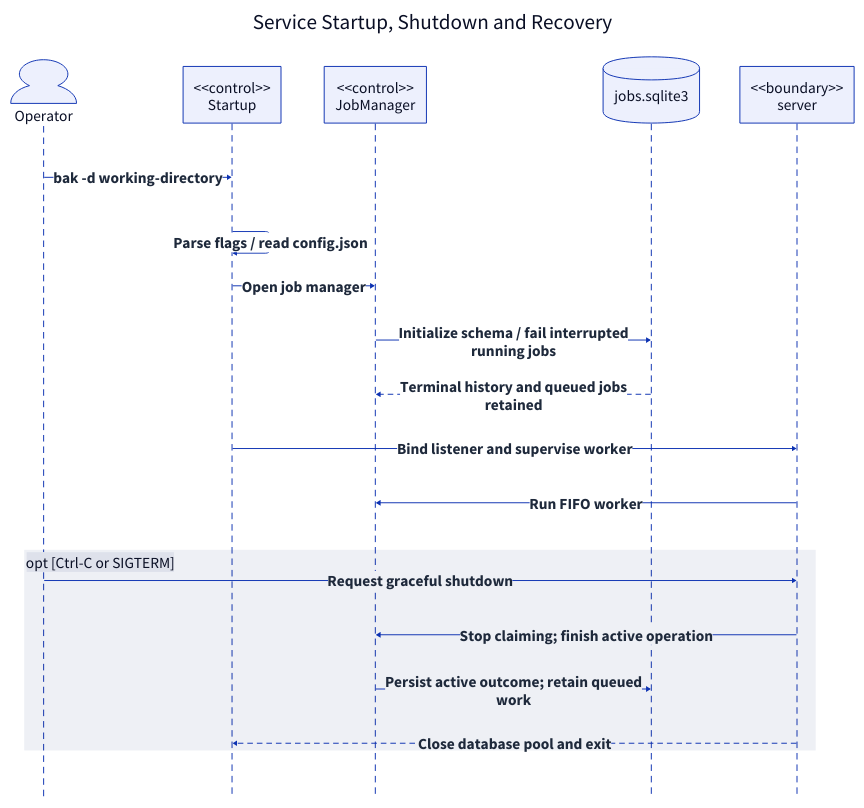
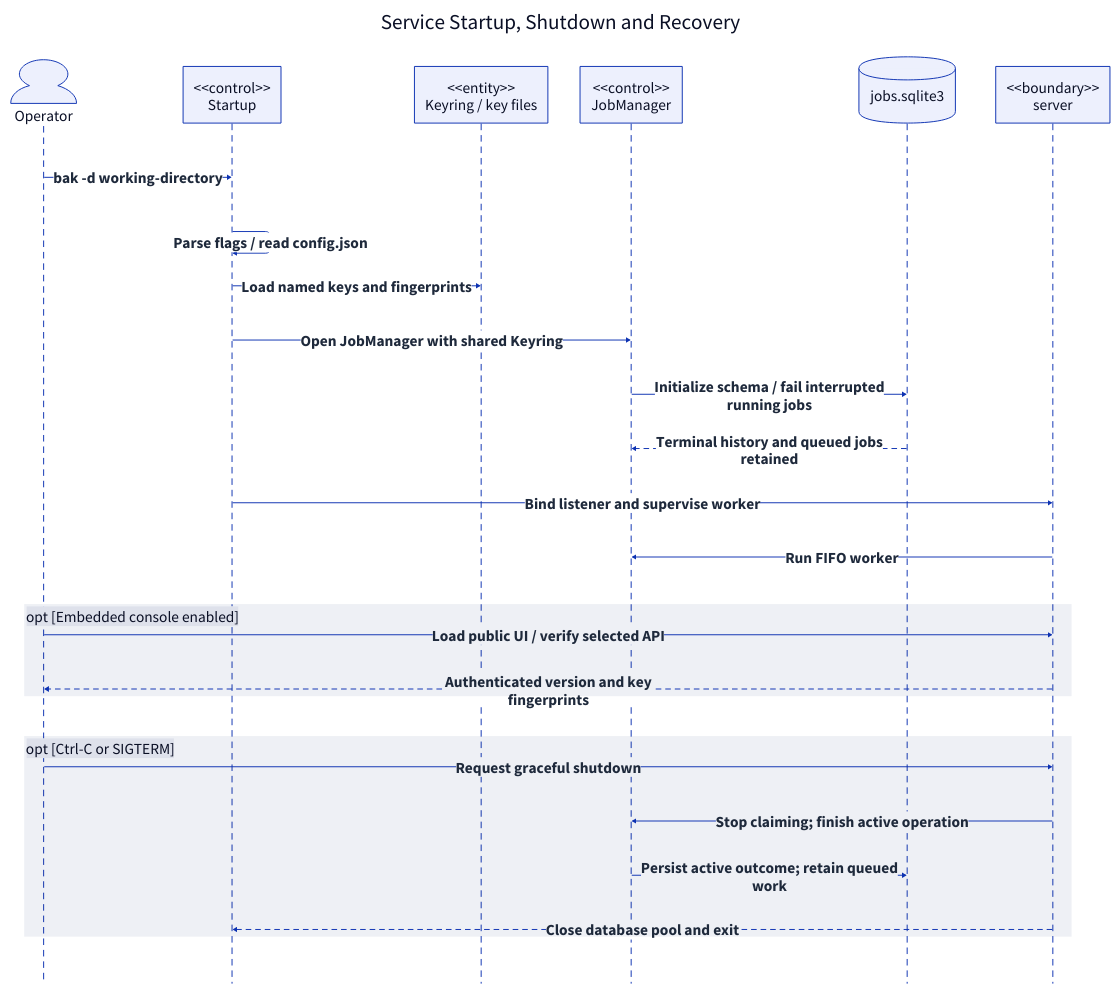
The diagram in docs/report/generated/system-sequence-configure.d2 (qi7876/software-development-exp), drawn with D2 before and after one commit. The commit also changed 26 other files, not shown here.

First line of the commit message:
docs: align course report with current architecture (#21)

```diff
--- a/docs/report/generated/system-sequence-configure.d2
+++ b/docs/report/generated/system-sequence-configure.d2
@@ -1,30 +1,36 @@
 # Generated from docs/report/model.yaml; do not edit directly.
 direction: down
 **.style.font-size: 32
 (** -> **)[*].style: {font-size: 32; bold: true; italic: false; font-color: "#1E293B"}
 (** -- **)[*].style: {font-size: 32; bold: true; italic: false; font-color: "#1E293B"}
 (** <- **)[*].style: {font-size: 32; bold: true; italic: false; font-color: "#1E293B"}
 diagram: "Service Startup, Shutdown and Recovery" {
   style.font-size: 44
   style.fill: white
   style.stroke: transparent
   shape: sequence_diagram
   User: "Operator" {shape: person}
   Main: "<<control>>\nStartup" {shape: rectangle}
+  Keys: "<<entity>>\nKeyring / key files" {shape: rectangle}
   Jobs: "<<control>>\nJobManager" {shape: rectangle}
   DB: "jobs.sqlite3" {shape: cylinder}
   Server: "<<boundary>>\nserver" {shape: rectangle}
   User -> Main: "bak -d working-directory"
   Main -> Main: "Parse flags / read config.json"
-  Main -> Jobs: "Open job manager"
+  Main -> Keys: "Load named keys and fingerprints"
+  Main -> Jobs: "Open JobManager with shared Keyring"
   Jobs -> DB: "Initialize schema / fail interrupted\nrunning jobs"
   DB -> Jobs: "Terminal history and queued jobs\nretained" {style.stroke-dash: 5}
   Main -> Server: "Bind listener and supervise worker"
   Server -> Jobs: "Run FIFO worker"
-  fragment_7: "opt [Ctrl-C or SIGTERM]" {
+  fragment_8: "opt [Embedded console enabled]" {
+    User -> Server: "Load public UI / verify selected API"
+    Server -> User: "Authenticated version and key\nfingerprints" {style.stroke-dash: 5}
+  }
+  fragment_12: "opt [Ctrl-C or SIGTERM]" {
     User -> Server: "Request graceful shutdown"
     Server -> Jobs: "Stop claiming; finish active operation"
     Jobs -> DB: "Persist active outcome; retain queued\nwork"
     Server -> Main: "Close database pool and exit" {style.stroke-dash: 5}
   }
 }
```
